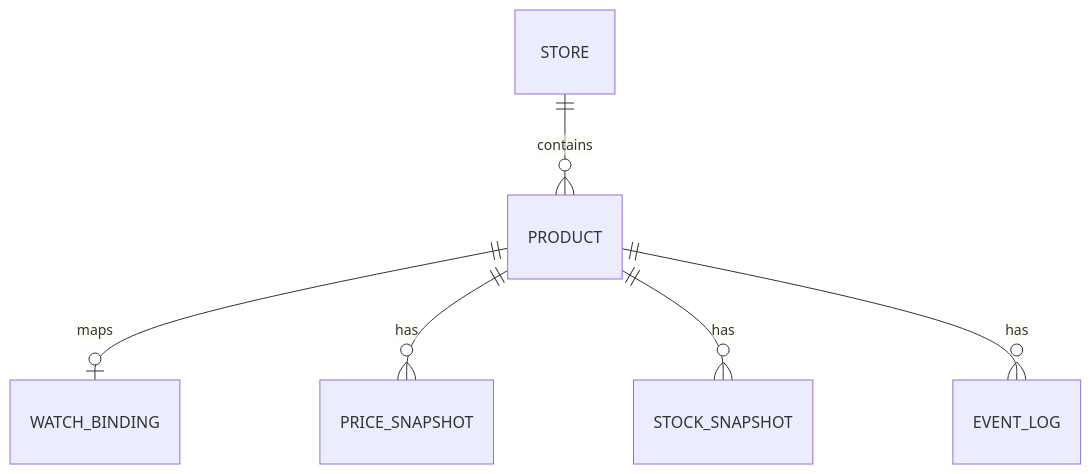
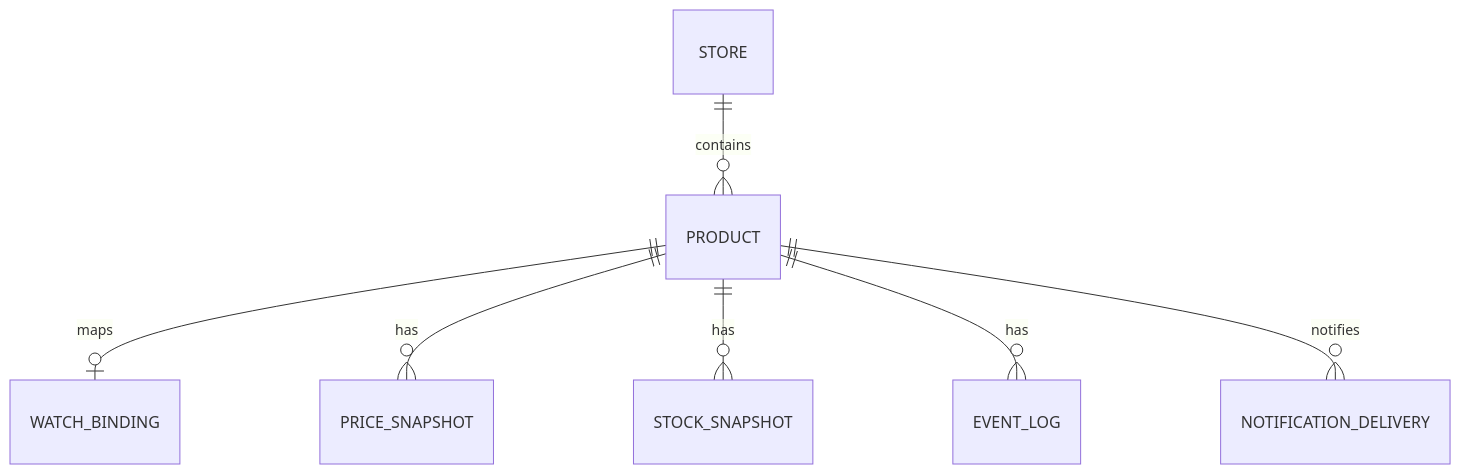
The diagram in docs/DATABASE.md (EfeAslangul/tracora), drawn with Mermaid before and after one commit. The commit also changed other lines of this file and 16 other files, not shown here.

Commit message:
docs: define extensible tracking architecture

````diff
--- a/docs/DATABASE.md
+++ b/docs/DATABASE.md
@@ -97,8 +143,9 @@
 ```mermaid
 erDiagram
     STORE ||--o{ PRODUCT : contains
     PRODUCT ||--o| WATCH_BINDING : maps
     PRODUCT ||--o{ PRICE_SNAPSHOT : has
     PRODUCT ||--o{ STOCK_SNAPSHOT : has
     PRODUCT ||--o{ EVENT_LOG : has
+    PRODUCT ||--o{ NOTIFICATION_DELIVERY : notifies
 ```
````
